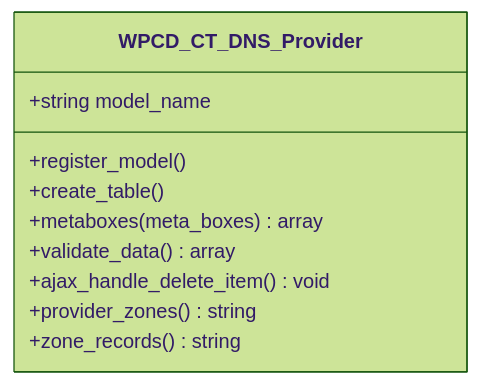
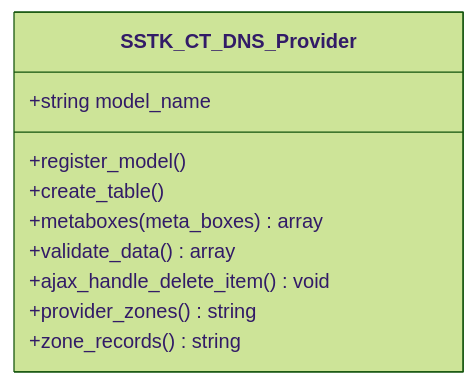
Before and after one commit to onedogsolutions/simple-stack: the fourth of 7 diagrams in .qoder/repowiki/en/content/Data Management/DNS Data Structures.md, drawn with Mermaid (forest theme). The commit also changed other lines of this file and 5941 other files, not shown here.

````diff
--- a/.qoder/repowiki/en/content/Data Management/DNS Data Structures.md
+++ b/.qoder/repowiki/en/content/Data Management/DNS Data Structures.md
@@ -211,13 +211,13 @@
 ```mermaid
 classDiagram
-class WPCD_CT_DNS_Provider {
+class SSTK_CT_DNS_Provider {
 +string model_name
 +register_model()
 +create_table()
 +metaboxes(meta_boxes) array
 +validate_data() array
 +ajax_handle_delete_item() void
 +provider_zones() string
 +zone_records() string
 }
 ```
````
